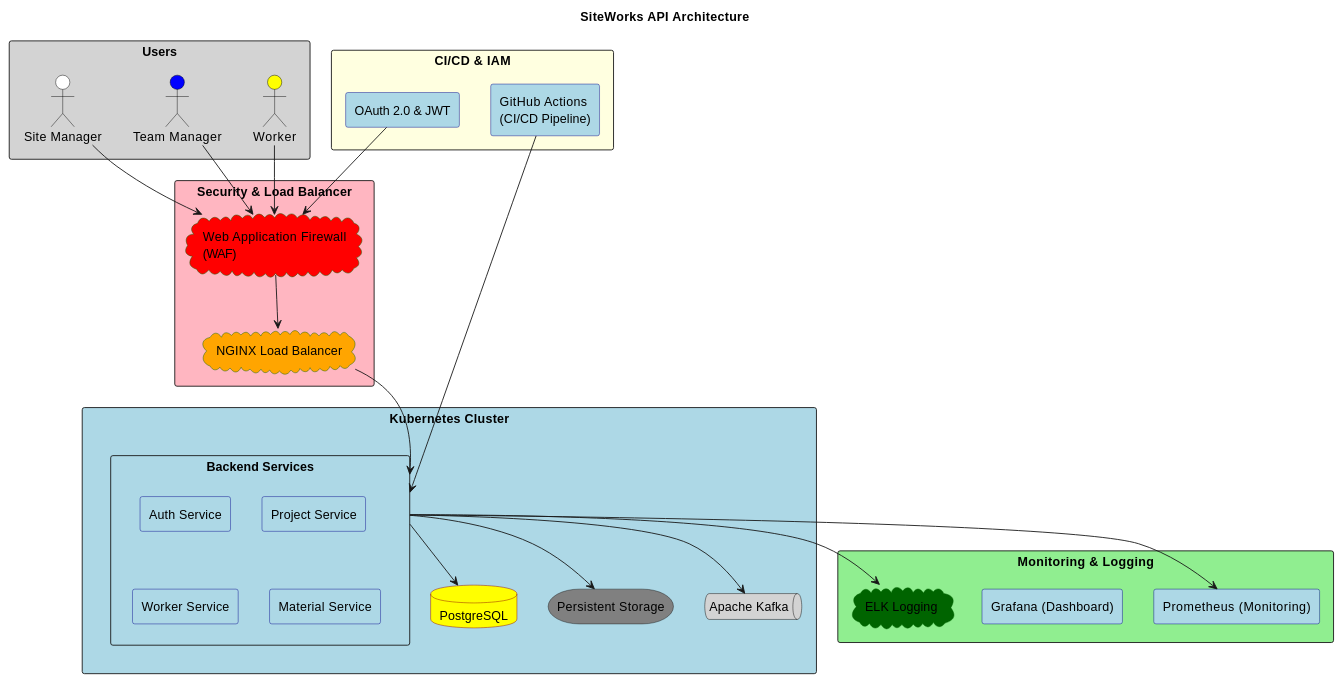
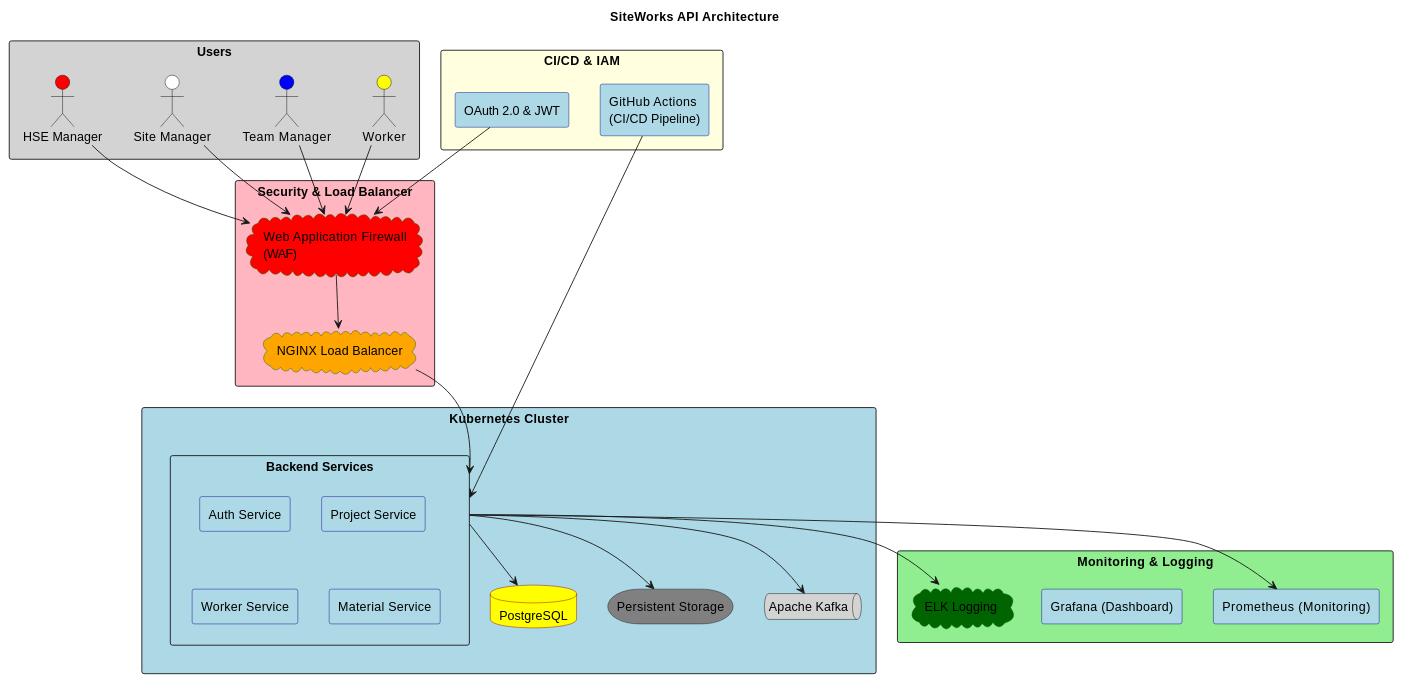
Before and after one commit to rui202212/siteworks-api-docs: the diagram in docs/system-docs/api-architecture.md, drawn with PlantUML. The commit also changed 11 other files, not shown here.

Commit message:
update links & add sequence diagrams

````diff
--- a/docs/system-docs/api-architecture.md
+++ b/docs/system-docs/api-architecture.md
@@ -3,4 +3,4 @@
-```puml
+```uml
 @startuml
 skinparam backgroundColor white
 skinparam componentStyle rectangle
@@ -35,6 +35,7 @@
     actor Worker as W #Yellow
     actor "Team Manager" as TM #Blue
     actor "Site Manager" as SM
+    actor "HSE Manager" as HSE #Red
 }
 
 '=== Security & Load Balancer
@@ -79,6 +80,7 @@
 W --> WAF
 TM --> WAF
 SM --> WAF
+HSE --> WAF
 WAF --> LB
 LB --> Backend
 
````
